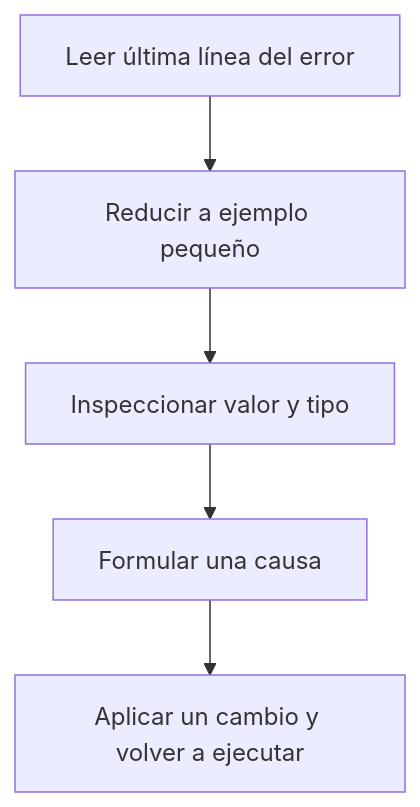
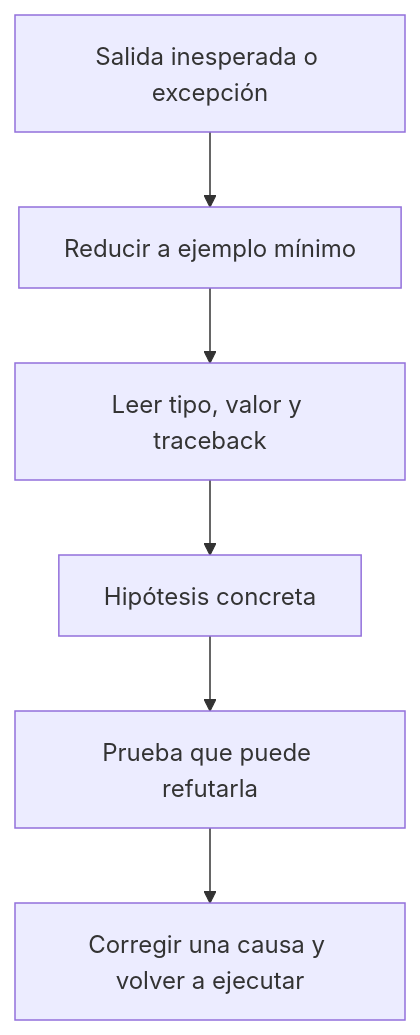
Before and after one commit to Ayhur/CursoAnalista: the diagram in curso/02-python-desde-cero/lecciones/05-errores-y-depuracion.md, drawn with Mermaid. The commit also changed other lines of this file and 11 other files, not shown here.

````diff
--- a/curso/02-python-desde-cero/lecciones/05-errores-y-depuracion.md
+++ b/curso/02-python-desde-cero/lecciones/05-errores-y-depuracion.md
@@ -28,7 +22,8 @@
 ```mermaid
-flowchart TB
-  A[Leer última línea del error] --> B[Reducir a ejemplo pequeño]
-  B --> C[Inspeccionar valor y tipo]
-  C --> D[Formular una causa]
-  D --> E[Aplicar un cambio y volver a ejecutar]
+flowchart TD
+  A[Salida inesperada o excepción] --> B[Reducir a ejemplo mínimo]
+  B --> C[Leer tipo, valor y traceback]
+  C --> D[Hipótesis concreta]
+  D --> E[Prueba que puede refutarla]
+  E --> F[Corregir una causa y volver a ejecutar]
 ```
````
